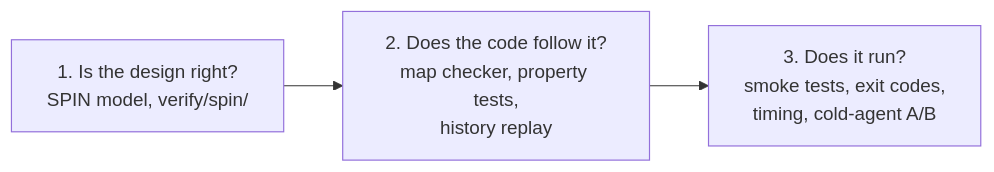
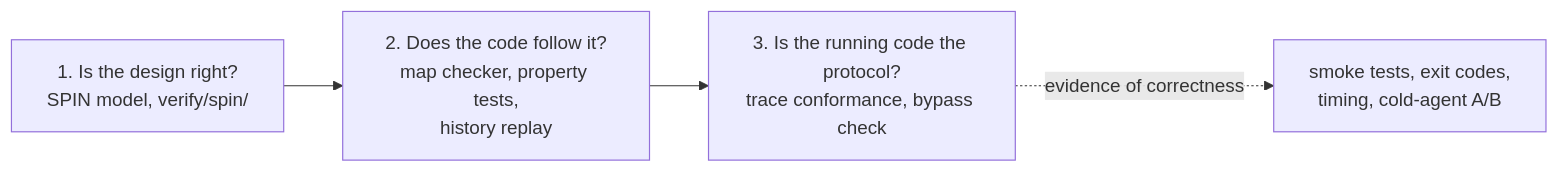
One commit to si4ai/repo-context-optimizer changed the eighth of 8 diagrams in README.md. Above: the diagram before and after it, drawn with Mermaid. The commit also changed other lines of this file, not shown here.

First line of the commit message:
Rewrite the README's third verification layer around conformance

````diff
--- a/README.md
+++ b/README.md
@@ -498,5 +498,6 @@
 ```mermaid
 flowchart LR
     V1["1. Is the design right?<br/>SPIN model, verify/spin/"] --> V2["2. Does the code follow it?<br/>map checker, property tests,<br/>history replay"]
-    V2 --> V3["3. Does it run?<br/>smoke tests, exit codes,<br/>timing, cold-agent A/B"]
+    V2 --> V3["3. Is the running code the protocol?<br/>trace conformance, bypass check"]
+    V3 -.->|evidence of correctness| V4["smoke tests, exit codes,<br/>timing, cold-agent A/B"]
 ```
````
